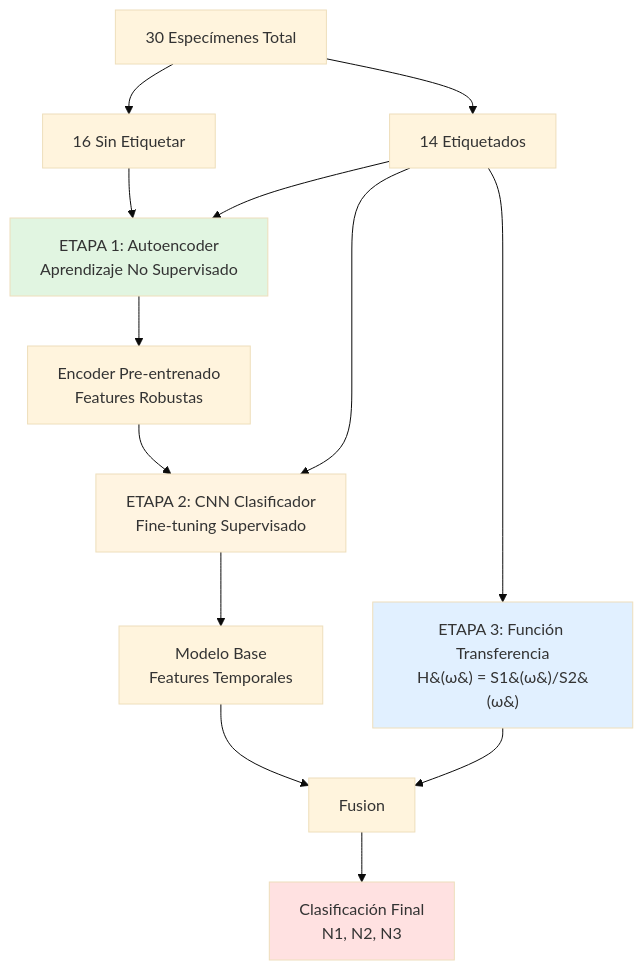
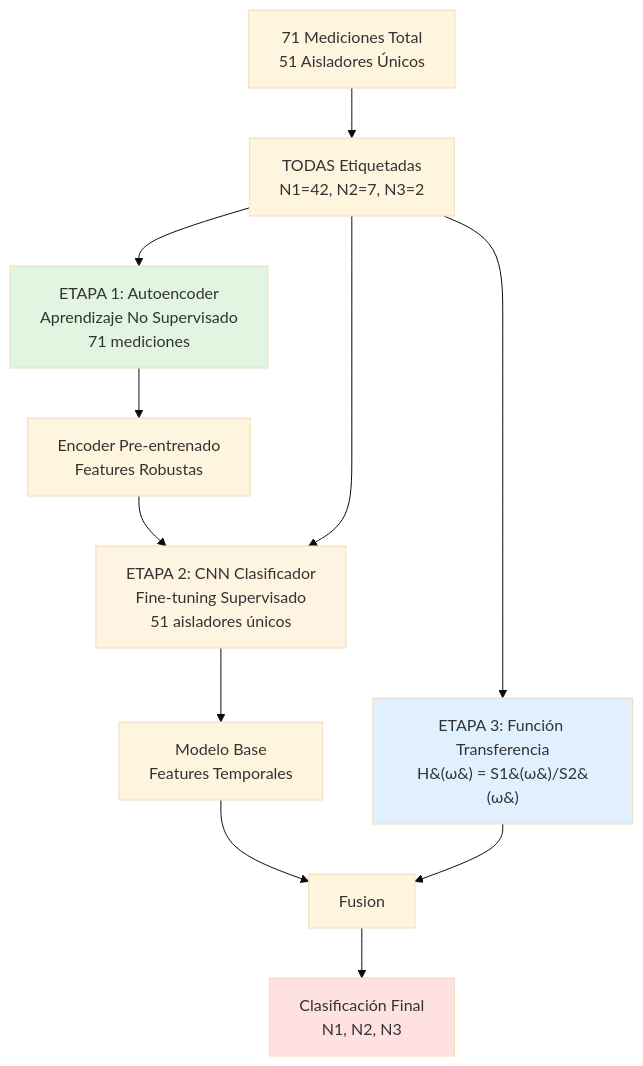
One commit to giansmart/deepsolation changed the first of 6 diagrams in PROPUESTA_CNN_ARQUITECTURA.md. Above: the diagram before and after it, drawn with Mermaid (base theme). The commit also changed other lines of this file and 4 other files, not shown here.

Commit message:
tuning the architecture

````diff
--- a/PROPUESTA_CNN_ARQUITECTURA.md
+++ b/PROPUESTA_CNN_ARQUITECTURA.md
@@ -251,27 +251,25 @@
 ```mermaid
 graph TB
-    A[30 Especímenes Total] --> B[16 Sin Etiquetar]
-    A --> C[14 Etiquetados]
+    A[71 Mediciones Total<br/>51 Aisladores Únicos] --> B[TODAS Etiquetadas<br/>N1=42, N2=7, N3=2]
 
-    B --> D[ETAPA 1: Autoencoder<br/>Aprendizaje No Supervisado]
-    C --> D
+    B --> D[ETAPA 1: Autoencoder<br/>Aprendizaje No Supervisado<br/>71 mediciones]
 
     D --> E[Encoder Pre-entrenado<br/>Features Robustas]
 
-    E --> F[ETAPA 2: CNN Clasificador<br/>Fine-tuning Supervisado]
-    C --> F
+    E --> F[ETAPA 2: CNN Clasificador<br/>Fine-tuning Supervisado<br/>51 aisladores únicos]
+    B --> F
 
     F --> G[Modelo Base<br/>Features Temporales]
 
-    C --> H[ETAPA 3: Función Transferencia<br/>H&#40;ω&#41; = S1&#40;ω&#41;/S2&#40;ω&#41;]
+    B --> H[ETAPA 3: Función Transferencia<br/>H&#40;ω&#41; = S1&#40;ω&#41;/S2&#40;ω&#41;]
 
     G --> I[Fusion]
     H --> I
 
     I --> J[Clasificación Final<br/>N1, N2, N3]
 
     style D fill:#e1f5e1
     style F fill:#fff4e1
     style H fill:#e1f0ff
     style J fill:#ffe1e1
 ```
````
